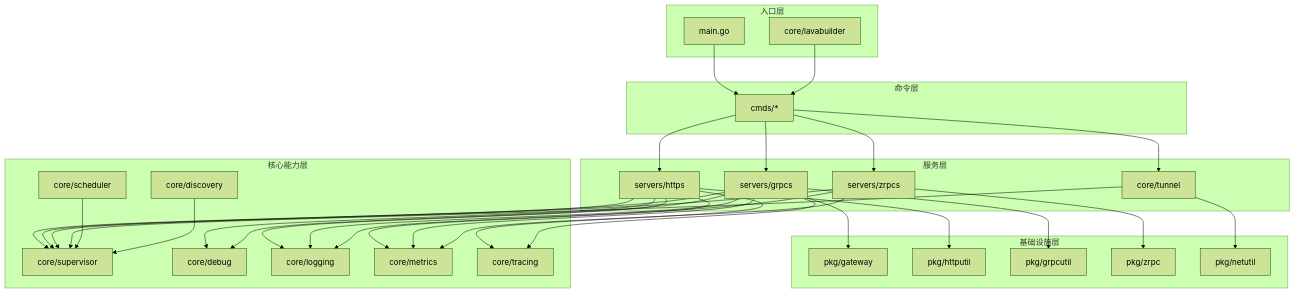
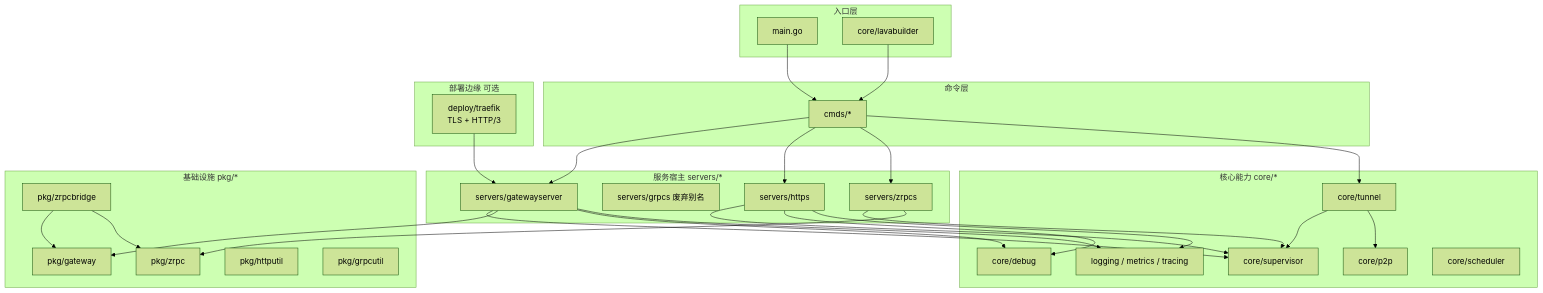
One commit to pubgo/lava changed the first of 8 diagrams in docs/architecture-v2.md. Above: the diagram before and after it, drawn with Mermaid (forest theme). The commit also changed other lines of this file and 10 other files, not shown here.

First line of the commit message:
Update architecture and documentation to reflect gatewayserver changes

````diff
--- a/docs/architecture-v2.md
+++ b/docs/architecture-v2.md
@@ -7,64 +8,60 @@
 ```mermaid
 flowchart TD
     subgraph Entry[入口层]
         MAIN[main.go]
         BUILDER[core/lavabuilder]
     end
 
     subgraph Cmd[命令层]
         CMDS[cmds/*]
     end
 
-    subgraph Service[服务层]
+    subgraph Service[服务宿主 servers/*]
+        GWS[servers/gatewayserver]
+        GRPCS[servers/grpcs 废弃别名]
         HTTPS[servers/https]
-        GRPCS[servers/grpcs]
         ZRPCS[servers/zrpcs]
-        TUNNEL[core/tunnel]
     end
 
-    subgraph Core[核心能力层]
+    subgraph Core[核心能力 core/*]
         SUP[core/supervisor]
+        TUNNEL[core/tunnel]
+        P2P[core/p2p]
         DBG[core/debug]
-        LOG[core/logging]
-        MET[core/metrics]
-        TRC[core/tracing]
+        OBS[logging / metrics / tracing]
         SCHED[core/scheduler]
-        DISC[core/discovery]
     end
 
-    subgraph Infra[基础设施层]
+    subgraph Infra[基础设施 pkg/*]
         GW[pkg/gateway]
+        ZRPC[pkg/zrpc]
+        ZBRIDGE[pkg/zrpcbridge]
         HTTPU[pkg/httputil]
         GRPCU[pkg/grpcutil]
-        ZRPC[pkg/zrpc]
-        NETU[pkg/netutil]
+    end
+
+    subgraph Edge[部署边缘 可选]
+        TRAEFIK[deploy/traefik<br/>TLS + HTTP/3]
     end
 
     MAIN --> CMDS
     BUILDER --> CMDS
+    CMDS --> GWS
     CMDS --> HTTPS
-    CMDS --> GRPCS
     CMDS --> ZRPCS
     CMDS --> TUNNEL
+    GWS --> SUP
     HTTPS --> SUP
-    GRPCS --> SUP
     ZRPCS --> SUP
     TUNNEL --> SUP
+    GWS --> GW
+    GWS --> DBG
+    GWS --> OBS
     HTTPS --> DBG
-    GRPCS --> DBG
-    HTTPS --> LOG
-    GRPCS --> LOG
-    HTTPS --> MET
-    GRPCS --> MET
-    HTTPS --> TRC
-    GRPCS --> TRC
-    ZRPCS --> LOG
-    ZRPCS --> MET
-    GRPCS --> GW
-    HTTPS --> HTTPU
-    GRPCS --> GRPCU
+    HTTPS --> OBS
     ZRPCS --> ZRPC
-    TUNNEL --> NETU
-    SCHED --> SUP
-    DISC --> SUP
+    ZBRIDGE --> GW
+    ZBRIDGE --> ZRPC
+    TUNNEL --> P2P
+    TRAEFIK --> GWS
 ```
````
